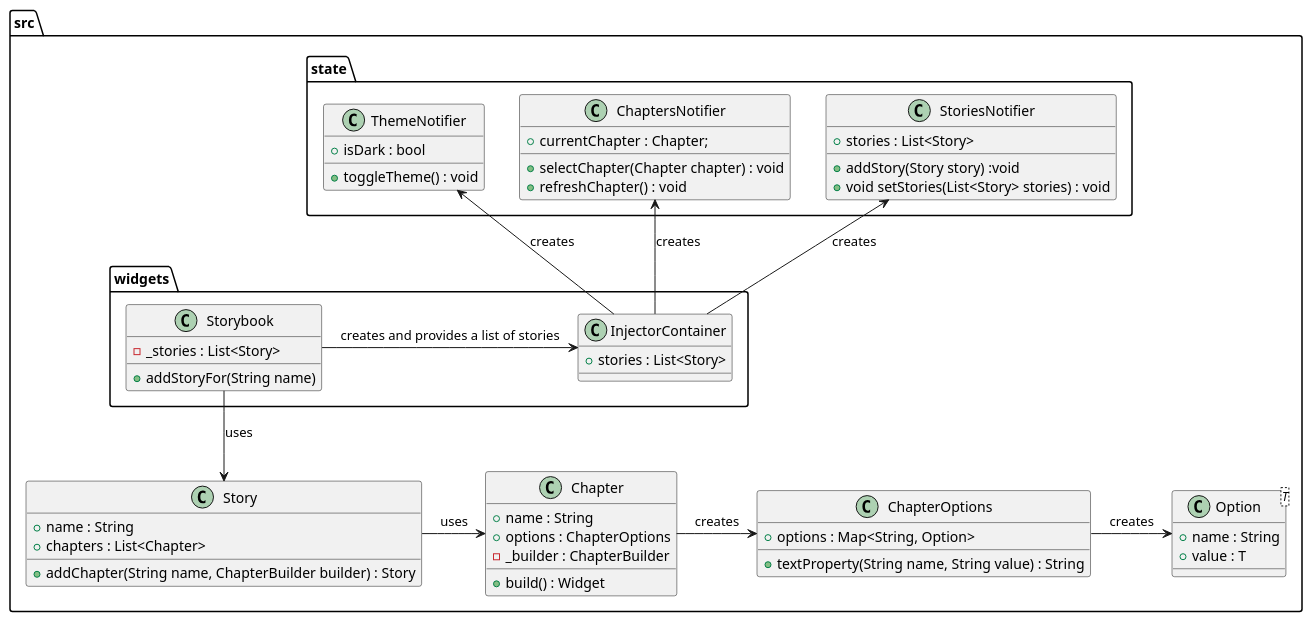
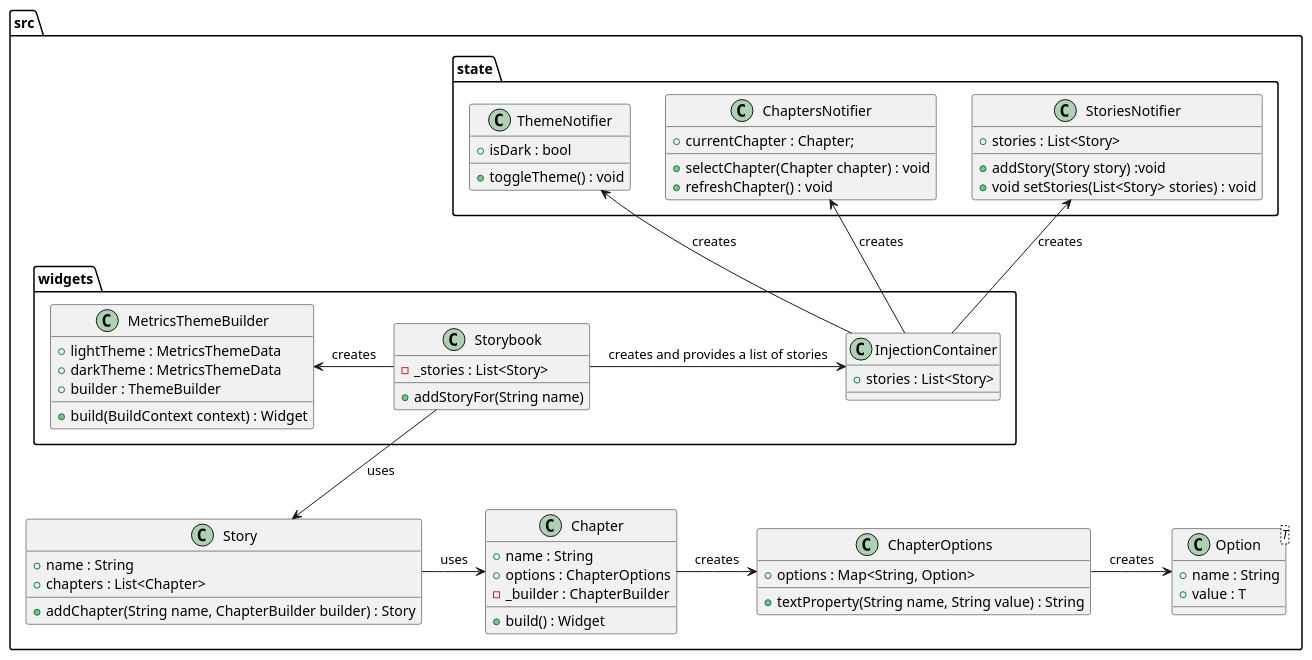
One commit to Flank/flank-dashboard changed the diagram in metrics/web/docs/features/storybook/diagrams/metrics_storybook_class_diagram.puml. Above: the diagram before and after it, drawn with PlantUML. The commit also changed 2 other files, not shown here.

Commit message:
Add more diagrams to the storybook design

```diff
--- a/metrics/web/docs/features/storybook/diagrams/metrics_storybook_class_diagram.puml
+++ b/metrics/web/docs/features/storybook/diagrams/metrics_storybook_class_diagram.puml
@@ -1,65 +1,72 @@
 @startuml metrics_storybook_class_diagram
 package src {
     package widgets {
         class Storybook {
             - _stories : List<Story>
             + addStoryFor(String name)
         }
 
-        class InjectorContainer {
+        class InjectionContainer {
             + stories : List<Story>
         }
 
-        ' add theme builder??
+        class MetricsThemeBuilder {
+            + lightTheme : MetricsThemeData
+            + darkTheme : MetricsThemeData
+            + builder : ThemeBuilder
+            + build(BuildContext context) : Widget
+        }
     }
 
     package state {
         class StoriesNotifier {
             + stories : List<Story>
             + addStory(Story story) :void
             + void setStories(List<Story> stories) : void
         }
         class ChaptersNotifier {
             + currentChapter : Chapter;
             + selectChapter(Chapter chapter) : void
             + refreshChapter() : void
         }
         class ThemeNotifier {
             + isDark : bool
             + toggleTheme() : void
         }
     }
 
     class Story {
         + name : String
         + chapters : List<Chapter>
         + addChapter(String name, ChapterBuilder builder) : Story
     }
 
     class Chapter {
         + name : String
         + options : ChapterOptions
         - _builder : ChapterBuilder
 
         + build() : Widget
     }
 
     class ChapterOptions {
         + options : Map<String, Option>
         + textProperty(String name, String value) : String
     }
 
     class Option<T> {
         + name : String
         + value : T
     }
+}
 
-    Storybook -> InjectorContainer : creates and provides a list of stories
-    InjectorContainer -up-> StoriesNotifier : creates
-    InjectorContainer -up-> ChaptersNotifier : creates
-    InjectorContainer -up-> ThemeNotifier : creates
-    Storybook -down-> Story : uses
-    Story -right-> Chapter : uses
-    Chapter -right-> ChapterOptions : creates
-    ChapterOptions -> Option : creates
-    @enduml
+Storybook -> InjectionContainer : creates and provides a list of stories
+Storybook -left-> MetricsThemeBuilder : creates
+InjectionContainer -up-> StoriesNotifier : creates
+InjectionContainer -up-> ChaptersNotifier : creates
+InjectionContainer -up-> ThemeNotifier : creates
+Storybook -down-> Story : uses
+Story -right-> Chapter : uses
+Chapter -right-> ChapterOptions : creates
+ChapterOptions -> Option : creates
+@enduml
```
